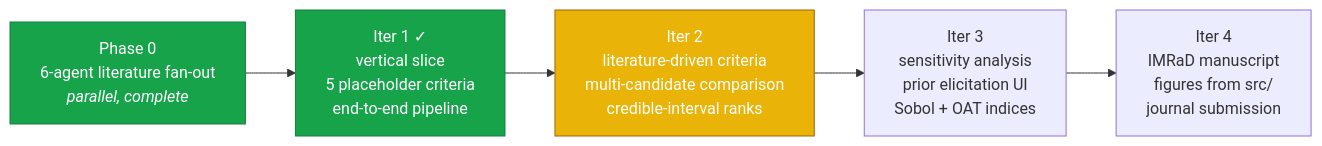
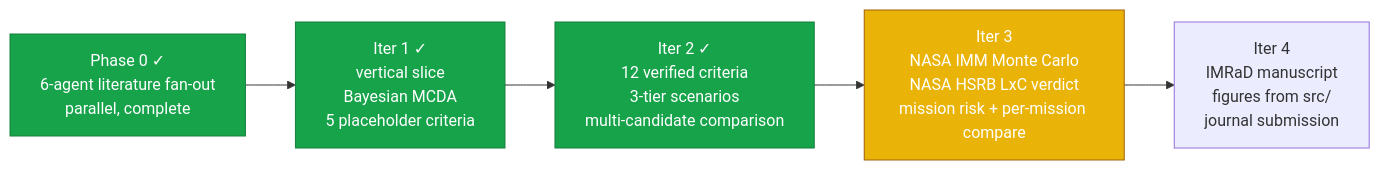
One commit to strikerdlm/selectron changed the first of 2 diagrams in README.md. Above: the diagram before and after it, drawn with Mermaid. The commit also changed other lines of this file, not shown here.

First line of the commit message:
docs(readme): bring README in sync with Iter 2 + Iter 3 reality

````diff
--- a/README.md
+++ b/README.md
@@ -55,12 +59,13 @@
 ```mermaid
 flowchart LR
-    P0[Phase 0<br/>6-agent literature fan-out<br/><i>parallel, complete</i>] --> I1
-    I1[Iter 1 ✓<br/>vertical slice<br/>5 placeholder criteria<br/>end-to-end pipeline] --> I2
-    I2[Iter 2<br/>literature-driven criteria<br/>multi-candidate comparison<br/>credible-interval ranks] --> I3
-    I3[Iter 3<br/>sensitivity analysis<br/>prior elicitation UI<br/>Sobol + OAT indices] --> I4
+    P0[Phase 0 ✓<br/>6-agent literature fan-out<br/>parallel, complete] --> I1
+    I1[Iter 1 ✓<br/>vertical slice<br/>Bayesian MCDA<br/>5 placeholder criteria] --> I2
+    I2[Iter 2 ✓<br/>12 verified criteria<br/>3-tier scenarios<br/>multi-candidate comparison] --> I3
+    I3[Iter 3<br/>NASA IMM Monte Carlo<br/>NASA HSRB LxC verdict<br/>mission risk + per-mission compare]
+    I3 --> I4
     I4[Iter 4<br/>IMRaD manuscript<br/>figures from src/<br/>journal submission]
     classDef done fill:#16a34a,stroke:#15803d,color:#fff
-    classDef next fill:#eab308,stroke:#a16207,color:#fff
-    class P0,I1 done
-    class I2 next
+    classDef active fill:#eab308,stroke:#a16207,color:#fff
+    class P0,I1,I2 done
+    class I3 active
 ```
````
